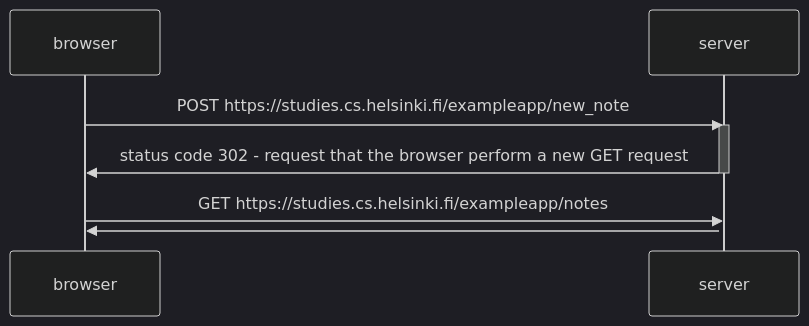
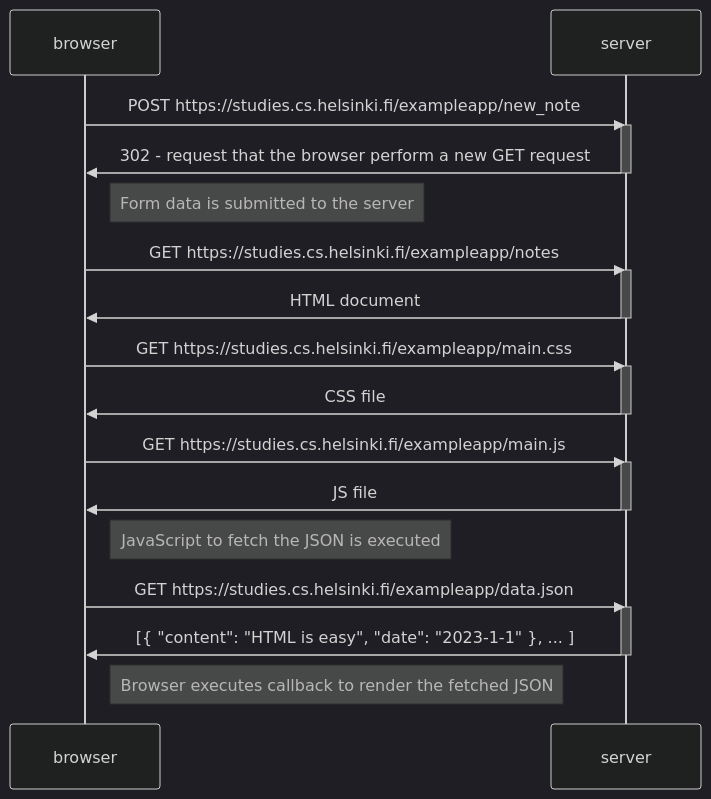
Before and after one commit to w-sa/fullstackopen: the diagram in part 0/NewNoteDiagram.md, drawn with Mermaid (dark theme).

Commit message:
completed NewNoteDiagram

````diff
--- a/part 0/NewNoteDiagram.md
+++ b/part 0/NewNoteDiagram.md
@@ -1,15 +1,37 @@
 ```mermaid
   sequenceDiagram
     participant browser
     participant server
 
     browser->>server: POST https://studies.cs.helsinki.fi/exampleapp/new_note
     activate server
-    server->>browser: status code 302 - request that the browser perform a new GET request
+    server->>browser: 302 - request that the browser perform a new GET request
     deactivate server
+
+    Note right of browser: Form data is submitted to the server
 
     browser->>server: GET https://studies.cs.helsinki.fi/exampleapp/notes
     activate server
-    server->>browser: 
+    server->>browser: HTML document
+    deactivate server
+
+    browser->>server: GET https://studies.cs.helsinki.fi/exampleapp/main.css
+    activate server
+    server->>browser: CSS file
+    deactivate server
+
+    browser->>server: GET https://studies.cs.helsinki.fi/exampleapp/main.js
+    activate server
+    server->>browser: JS file
+    deactivate server
+
+    Note right of browser: JavaScript to fetch the JSON is executed
+
+    browser->>server: GET https://studies.cs.helsinki.fi/exampleapp/data.json
+    activate server
+    server->>browser: [{ "content": "HTML is easy", "date": "2023-1-1" }, ... ]
+    deactivate server
+
+    Note right of browser: Browser executes callback to render the fetched JSON
 
 ```
````
